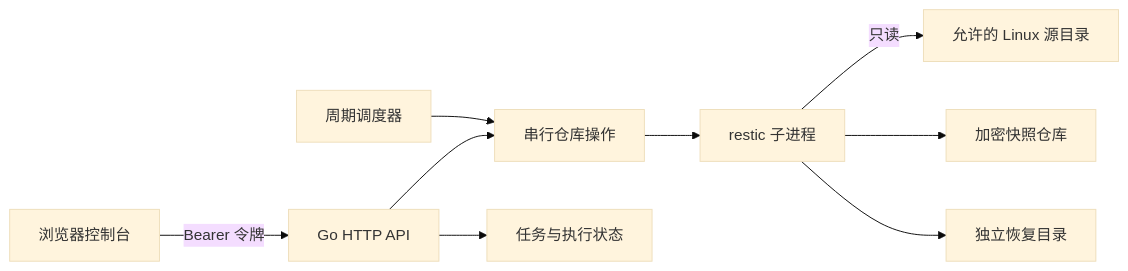
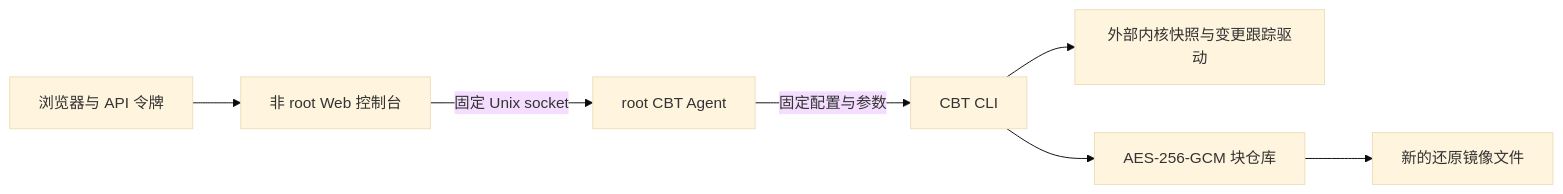
Before and after one commit to iChenwin/open-vault: the diagram in docs/ARCHITECTURE.md, drawn with Mermaid (base theme). The commit also changed other lines of this file and 37 other files, not shown here.

Commit message:
refactor: remove restic and unify the console around CBT backups

````diff
--- a/docs/ARCHITECTURE.md
+++ b/docs/ARCHITECTURE.md
@@ -5,11 +5,9 @@
 ```mermaid
 flowchart LR
-  U[浏览器控制台] -->|Bearer 令牌| A[Go HTTP API]
-  S[周期调度器] --> Q[串行仓库操作]
-  A --> Q
-  A --> D[任务与执行状态]
-  Q --> R[restic 子进程]
-  R -->|只读| F[允许的 Linux 源目录]
-  R --> B[加密快照仓库]
-  R --> T[独立恢复目录]
+  U[浏览器与 API 令牌] --> W[非 root Web 控制台]
+  W -->|固定 Unix socket| A[root CBT Agent]
+  A -->|固定配置与参数| C[CBT CLI]
+  C --> D[外部内核快照与变更跟踪驱动]
+  C --> B[AES-256-GCM 块仓库]
+  B --> I[新的还原镜像文件]
 ```
````
